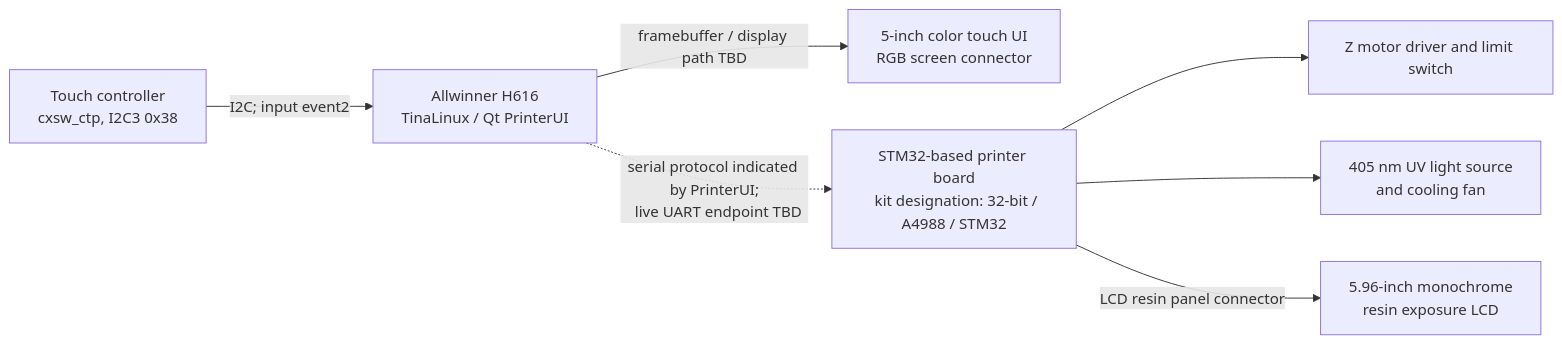
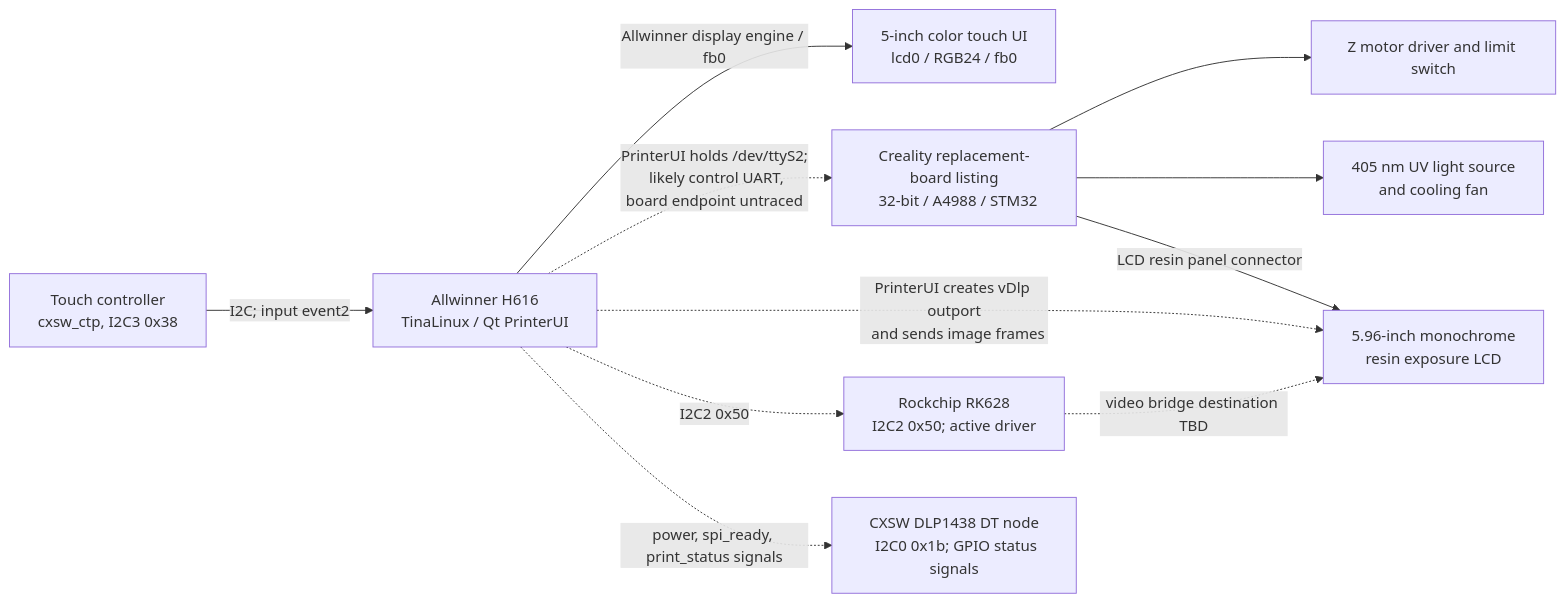
The diagram in docs/hardware-map.md (Mar2ianen/open-halot-one), drawn with Mermaid before and after one commit. The commit also changed other lines of this file and 4 other files, not shown here.

````diff
--- a/docs/hardware-map.md
+++ b/docs/hardware-map.md
@@ -5,23 +5,32 @@
 ```mermaid
 flowchart LR
   H[Allwinner H616
   TinaLinux / Qt PrinterUI]
   T[5-inch color touch UI
-  RGB screen connector]
+  lcd0 / RGB24 / fb0]
   C[Touch controller
   cxsw_ctp, I2C3 0x38]
-  M[STM32-based printer board
-  kit designation: 32-bit / A4988 / STM32]
+  M[Creality replacement-board listing
+  32-bit / A4988 / STM32]
   Z[Z motor driver and limit switch]
   U[405 nm UV light source
   and cooling fan]
   L[5.96-inch monochrome
   resin exposure LCD]
-  H -->|framebuffer / display path TBD| T
+  R[Rockchip RK628
+  I2C2 0x50; active driver]
+  D[CXSW DLP1438 DT node
+  I2C0 0x1b; GPIO status signals]
+  H -->|Allwinner display engine / fb0| T
   C -->|I2C; input event2| H
-  H -.->|serial protocol indicated by PrinterUI;
-  live UART endpoint TBD| M
+  H -.->|PrinterUI holds /dev/ttyS2;
+  likely control UART, board endpoint untraced| M
+  H -.->|PrinterUI creates vDlp outport
+  and sends image frames| L
+  H -.->|I2C2 0x50| R
+  R -.->|video bridge destination TBD| L
+  H -.->|power, spi_ready, print_status signals| D
   M --> Z
   M --> U
   M -->|LCD resin panel connector| L
 ```
````
